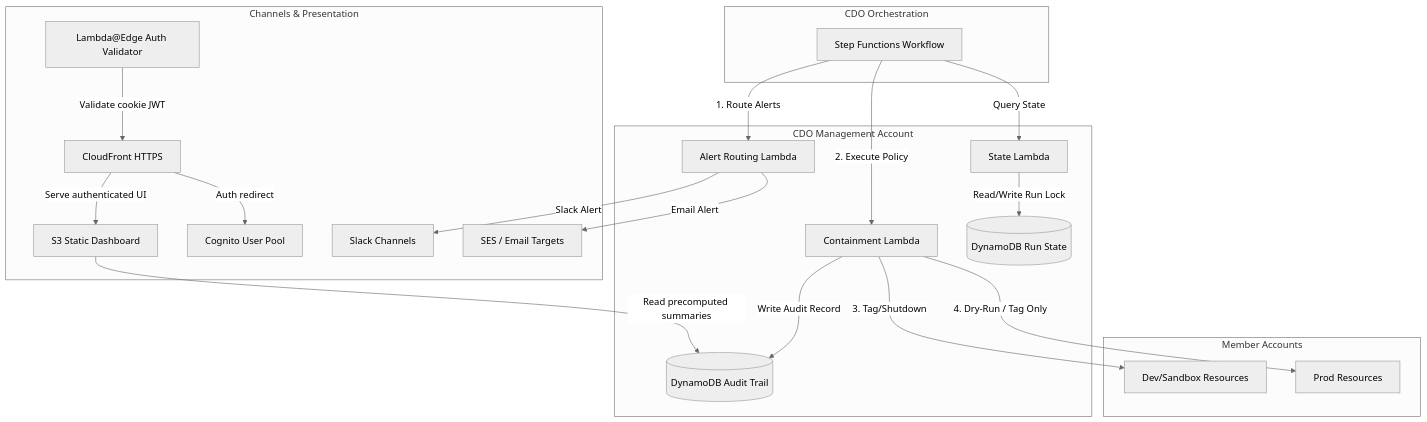
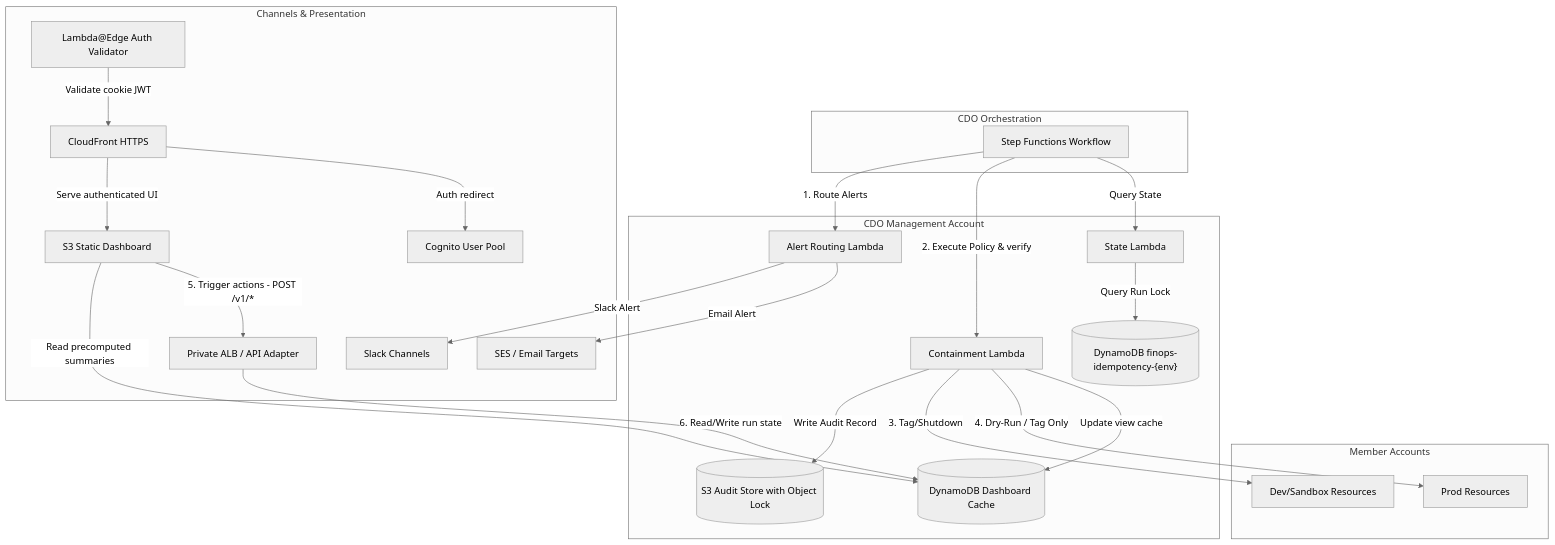
One commit to hungxqt/tf2-finops-iac changed the fifth of 6 diagrams in docs/tf2-finops/02_infra_design.md. Above: the diagram before and after it, drawn with Mermaid (neutral theme). The commit also changed other lines of this file and 65 other files, not shown here.

````diff
--- a/docs/tf2-finops/02_infra_design.md
+++ b/docs/tf2-finops/02_infra_design.md
@@ -240,32 +237,36 @@
 ```mermaid
 graph TB
     subgraph "CDO Orchestration"
         SF[Step Functions Workflow]
     end
 
     subgraph "Member Accounts"
         DevSand[Dev/Sandbox Resources]
         Prod[Prod Resources]
     end
 
     subgraph "CDO Management Account"
         SF -->|1. Route Alerts| AlertLambda[Alert Routing Lambda]
-        SF -->|2. Execute Policy| ContLambda[Containment Lambda]
+        SF -->|2. Execute Policy & verify| ContLambda[Containment Lambda]
         
-        StateLambda[State Lambda] -->|Read/Write Run Lock| StateDB[(DynamoDB Run State)]
+        StateLambda[State Lambda] -->|Query Run Lock| DDBIdempotency[("DynamoDB finops-idempotency-{env}")]
         SF -->|Query State| StateLambda
         
-        ContLambda -->|Write Audit Record| AuditDB[(DynamoDB Audit Trail)]
+        ContLambda -->|Write Audit Record| S3Audit[("S3 Audit Store with Object Lock")]
         ContLambda -->|3. Tag/Shutdown| DevSand
         ContLambda -->|4. Dry-Run / Tag Only| Prod
+        
+        ContLambda -->|Update view cache| CacheDB[("DynamoDB Dashboard Cache")]
     end
 
     subgraph "Channels & Presentation"
         AlertLambda -->|Slack Alert| Slack[Slack Channels]
         AlertLambda -->|Email Alert| SES[SES / Email Targets]
         CloudFront[CloudFront HTTPS] -->|Serve authenticated UI| S3Dashboard2[S3 Static Dashboard]
-        S3Dashboard2 -->|Read precomputed summaries| AuditDB
+        S3Dashboard2 -->|Read precomputed summaries| CacheDB
+        S3Dashboard2 -->|5. Trigger actions - POST /v1/*| ALB[Private ALB / API Adapter]
+        ALB -->|6. Read/Write run state| CacheDB
         CloudFront -->|Auth redirect| Cognito[Cognito User Pool]
         LambdaEdge["Lambda@Edge Auth Validator"] -->|Validate cookie JWT| CloudFront
     end
 ```
````
